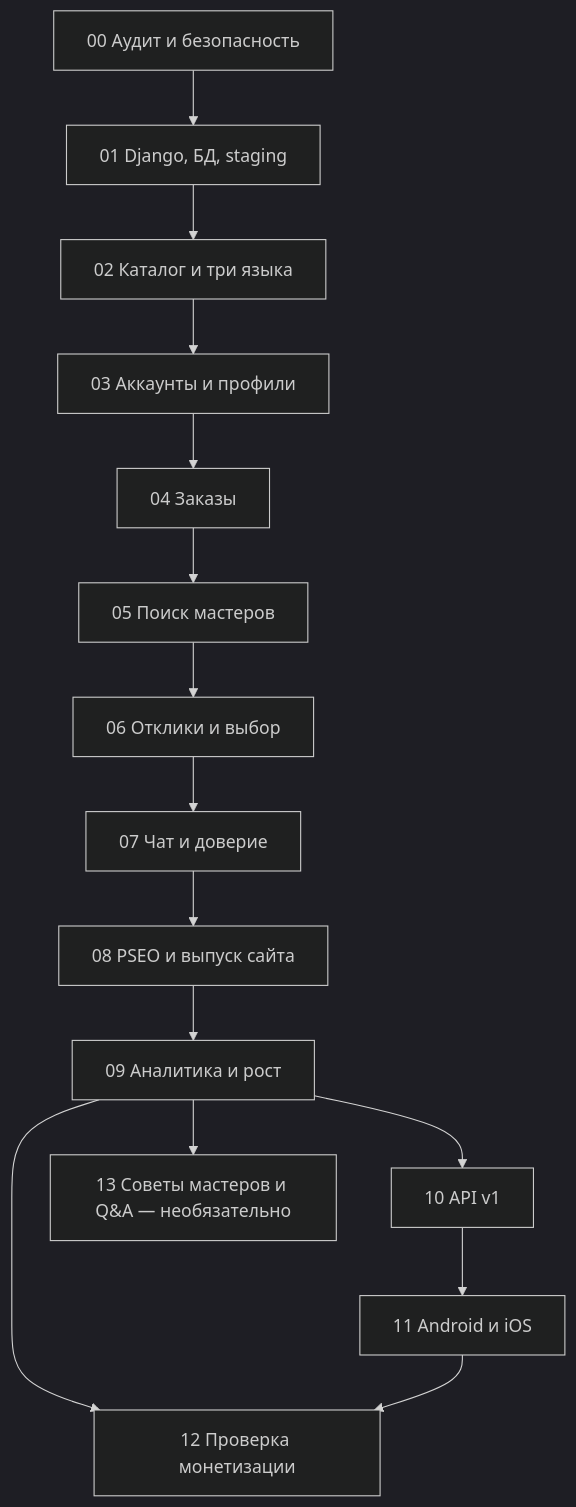
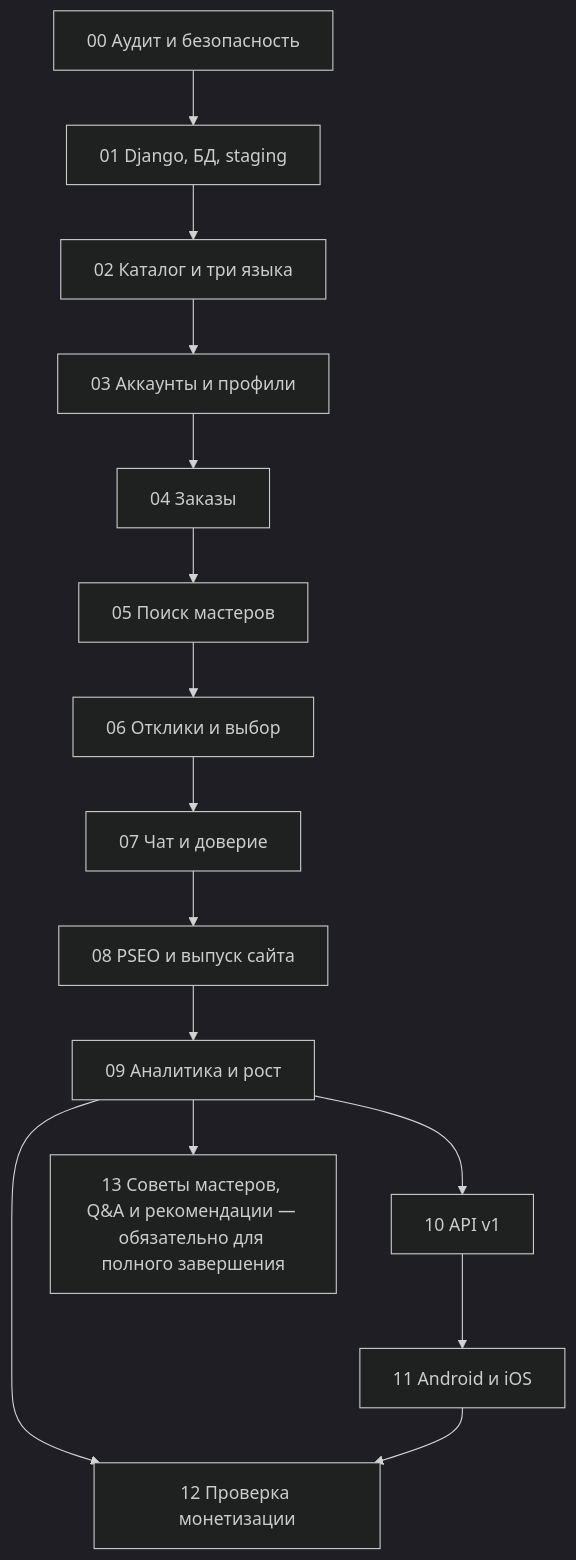
One commit to maxim9362/zemiPro_site_django changed the diagram in docs/ROADMAP.md. Above: the diagram before and after it, drawn with Mermaid (dark theme). The commit also changed other lines of this file and 4 other files, not shown here.

````diff
--- a/docs/ROADMAP.md
+++ b/docs/ROADMAP.md
@@ -74,17 +74,17 @@
 ```mermaid
 flowchart TD
     A[00 Аудит и безопасность] --> B[01 Django, БД, staging]
     B --> C[02 Каталог и три языка]
     C --> D[03 Аккаунты и профили]
     D --> E[04 Заказы]
     E --> F[05 Поиск мастеров]
     F --> G[06 Отклики и выбор]
     G --> H[07 Чат и доверие]
     H --> I[08 PSEO и выпуск сайта]
     I --> J[09 Аналитика и рост]
     J --> K[10 API v1]
     K --> L[11 Android и iOS]
     J --> M[12 Проверка монетизации]
-    J --> N[13 Советы мастеров и Q&A — необязательно]
+    J --> N[13 Советы мастеров, Q&A и рекомендации — обязательно для полного завершения]
     L --> M
 ```
````
